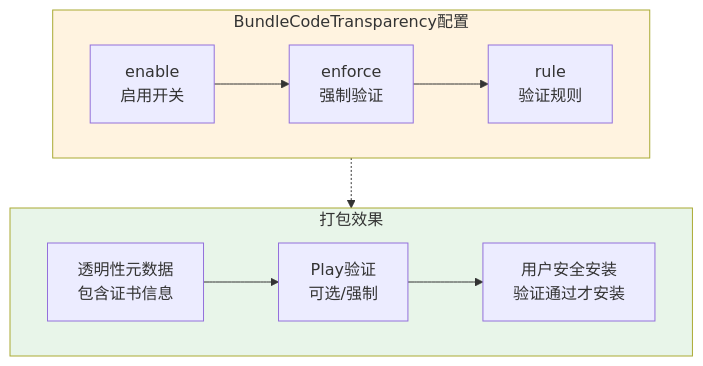
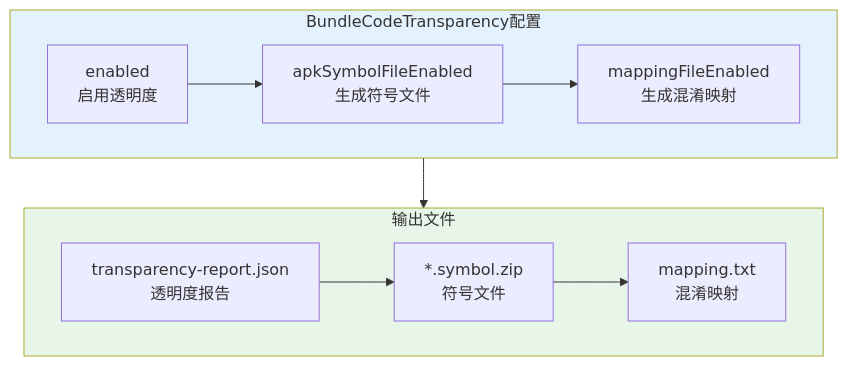
Before and after one commit to Carrie-L/carrie-l.github.io: the second of 5 diagrams in AndroidDeveloperGuideStory/Contents/vol21/21.1.91 捆绑代码透明度.md, drawn with Mermaid. The commit also changed other lines of this file, not shown here.

Commit message:
feat(chapter-21.1.91): add BundleCodeTransparency chapter for Android App Bundle

````diff
--- a/AndroidDeveloperGuideStory/Contents/vol21/21.1.91 捆绑代码透明度.md
+++ b/AndroidDeveloperGuideStory/Contents/vol21/21.1.91 捆绑代码透明度.md
@@ -118,17 +122,21 @@
 ```mermaid
 flowchart TB
     subgraph Config["BundleCodeTransparency配置"]
-        C1[enable<br/>启用开关] --> C2[enforce<br/>强制验证]
-        C2 --> C3[rule<br/>验证规则]
+        direction LR
+        
+        C1[enabled<br/>启用透明度] --> C2[apkSymbolFileEnabled<br/>生成符号文件]
+        C2 --> C3[mappingFileEnabled<br/>生成混淆映射]
     end
     
-    subgraph Result["打包效果"]
-        R1[透明性元数据<br/>包含证书信息] --> R2[Play验证<br/>可选/强制]
-        R2 --> R3[用户安全安装<br/>验证通过才安装]
+    subgraph Output["输出文件"]
+        direction LR
+        
+        O1[transparency-report.json<br/>透明度报告] --> O2[*.symbol.zip<br/>符号文件]
+        O2 --> O3[mapping.txt<br/>混淆映射]
     end
     
-    Config -.-> Result
+    Config --> Output
     
-    style Config fill:#fff3e0
-    style Result fill:#e8f5e9
+    style Config fill:#e3f2fd
+    style Output fill:#e8f5e9
 ```
````
